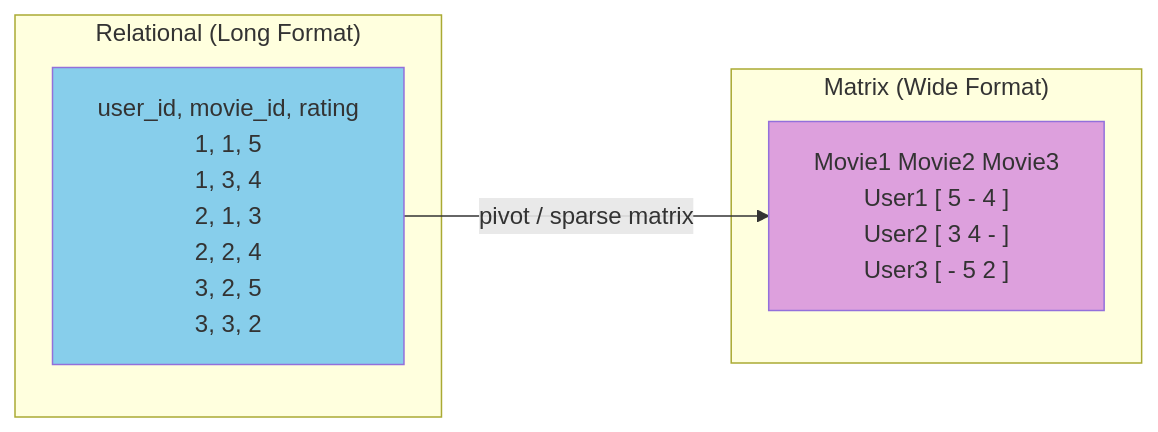
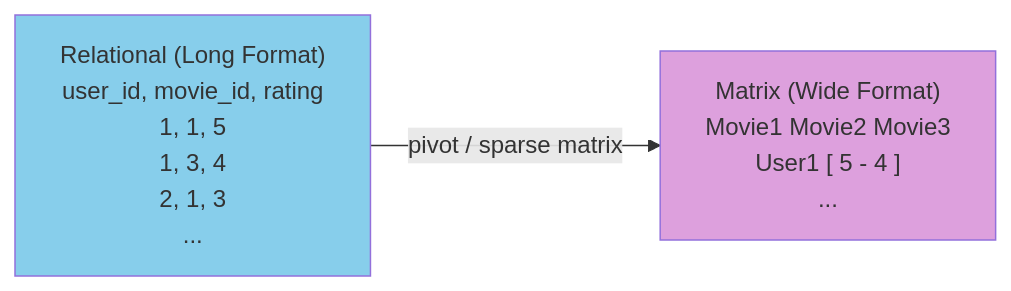
One commit to shpsi/Designing-Data-Intensive-Applications changed diagram 28 of 28 in chapter-03-data-models-query-languages.md. Above: the diagram before and after it, drawn with Mermaid. The commit also changed other lines of this file and 15 other files, not shown here.

````diff
--- a/chapter-03-data-models-query-languages.md
+++ b/chapter-03-data-models-query-languages.md
@@ -1445,15 +1382,7 @@
 ```mermaid
 graph LR
-    subgraph "Relational (Long Format)"
-        T["user_id, movie_id, rating<br/>1, 1, 5<br/>1, 3, 4<br/>2, 1, 3<br/>2, 2, 4<br/>3, 2, 5<br/>3, 3, 2"]
-    end
-
-    subgraph "Matrix (Wide Format)"
-        M["            Movie1 Movie2 Movie3<br/>User1   [   5      -      4  ]<br/>User2   [   3      4      -  ]<br/>User3   [   -      5      2  ]"]
-    end
-
-    T -->|"pivot / sparse matrix"| M
+    T["Relational (Long Format)<br/>user_id, movie_id, rating<br/>1, 1, 5<br/>1, 3, 4<br/>2, 1, 3<br/>..."] -->|"pivot / sparse matrix"| M["Matrix (Wide Format)<br/>Movie1 Movie2 Movie3<br/>User1   [   5      -      4  ]<br/>..."]
 
     style T fill:#87CEEB
     style M fill:#DDA0DD
 ```
````
